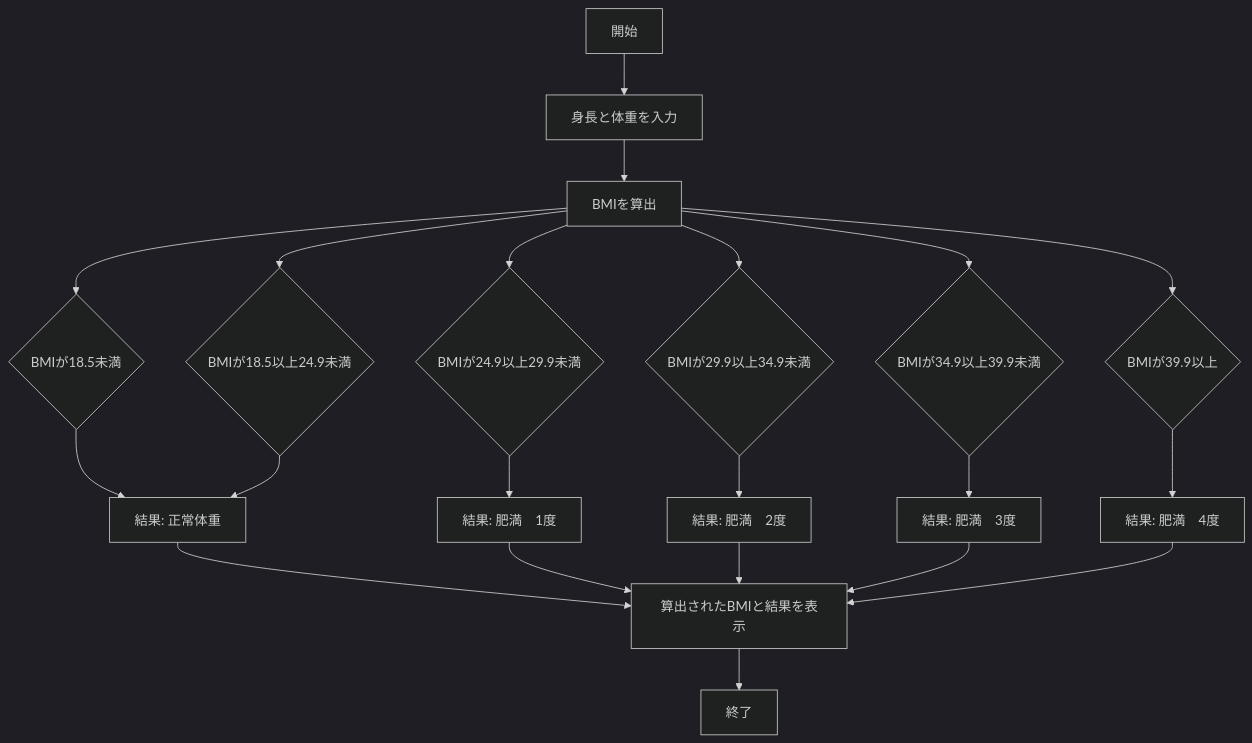
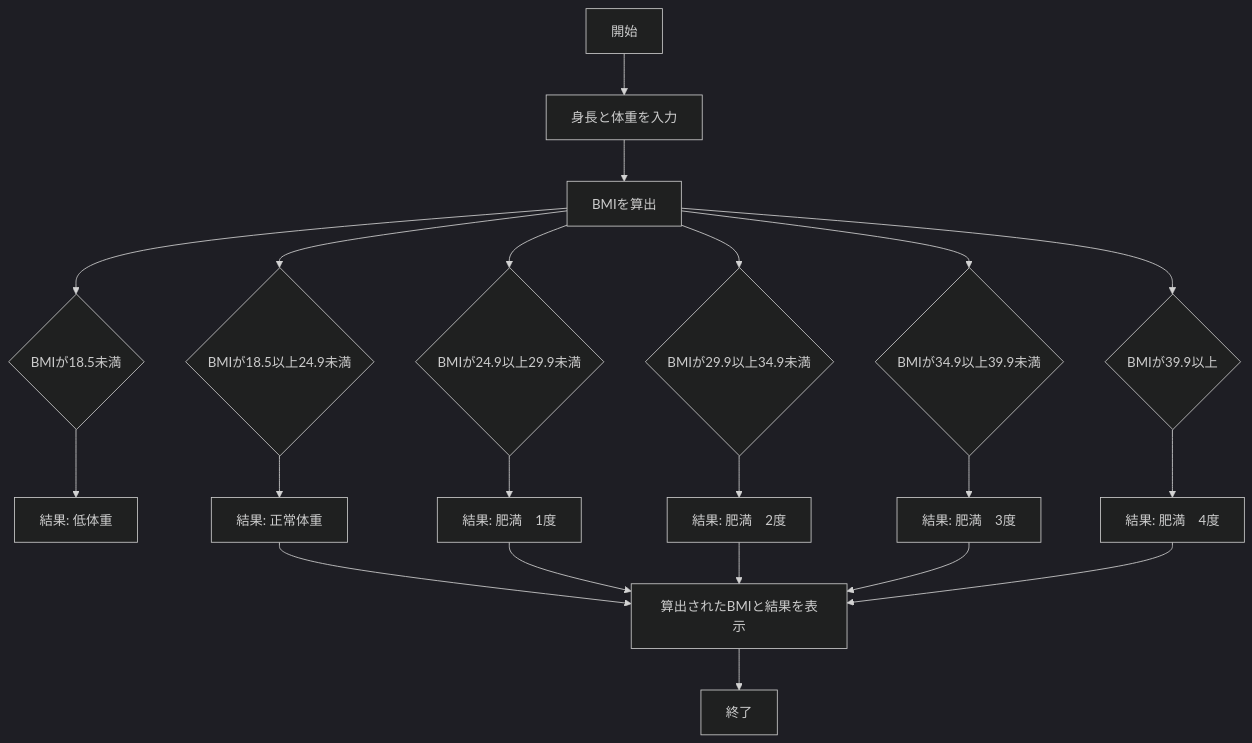
Before and after one commit to taiki3500521/webpro_06: the third of 3 diagrams in janken-app/README.md, drawn with Mermaid (dark theme).

````diff
--- a/janken-app/README.md
+++ b/janken-app/README.md
@@ -59,23 +59,23 @@
 ```mermaid
 flowchart TD;
     A[開始] --> B[身長と体重を入力];
     B --> C[BMIを算出];
     C --> D{BMIが18.5未満};
     C --> E{BMIが18.5以上24.9未満};
     C --> F{BMIが24.9以上29.9未満};
     C --> G{BMIが29.9以上34.9未満};
     C --> H{BMIが34.9以上39.9未満};
     C --> I{BMIが39.9以上};
-    D --> K[結果: 低体重];
+    D --> J[結果: 低体重];
     E --> K[結果: 正常体重];
     F --> L[結果: 肥満　1度];
     G --> M[結果: 肥満　2度];
     H --> N[結果: 肥満　3度];
     I --> O[結果: 肥満　4度];
     K --> P[算出されたBMIと結果を表示];
     L --> P;
     M --> P;
     N --> P;
     O --> P;
     P --> Q[終了];
 ```
````
